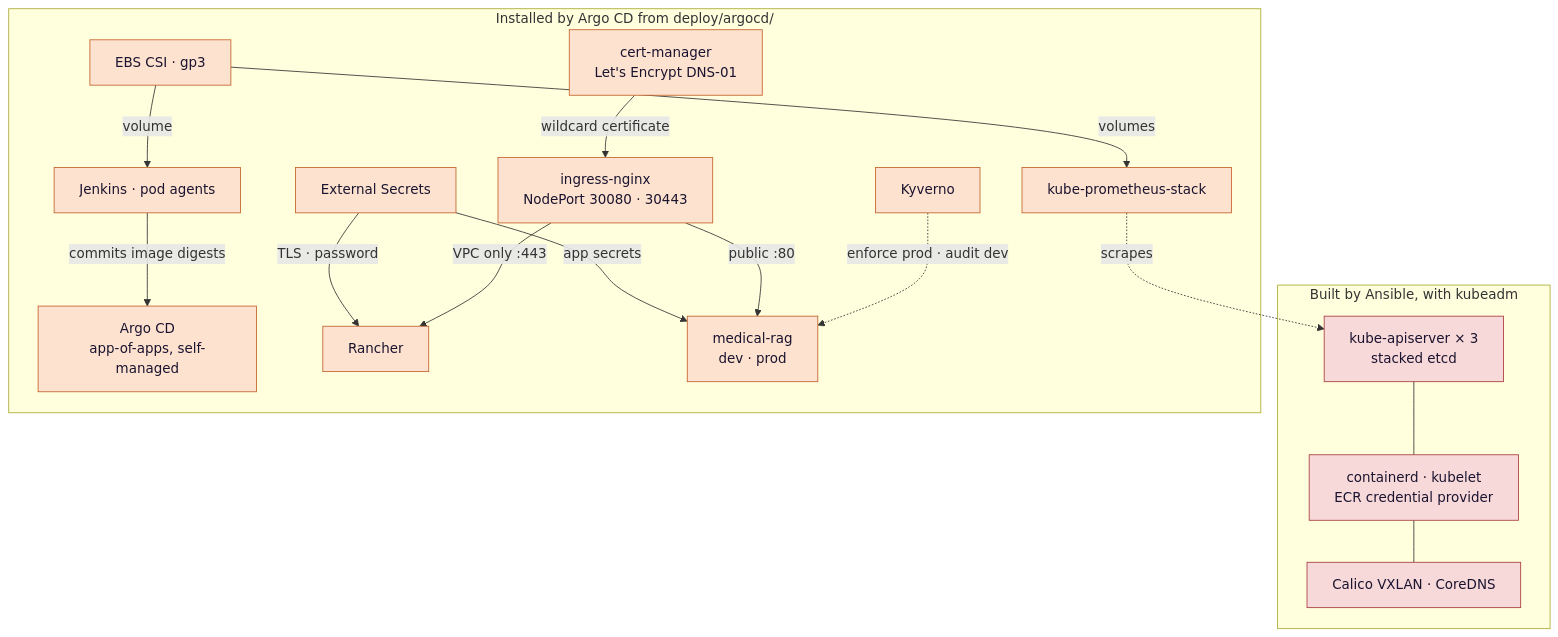
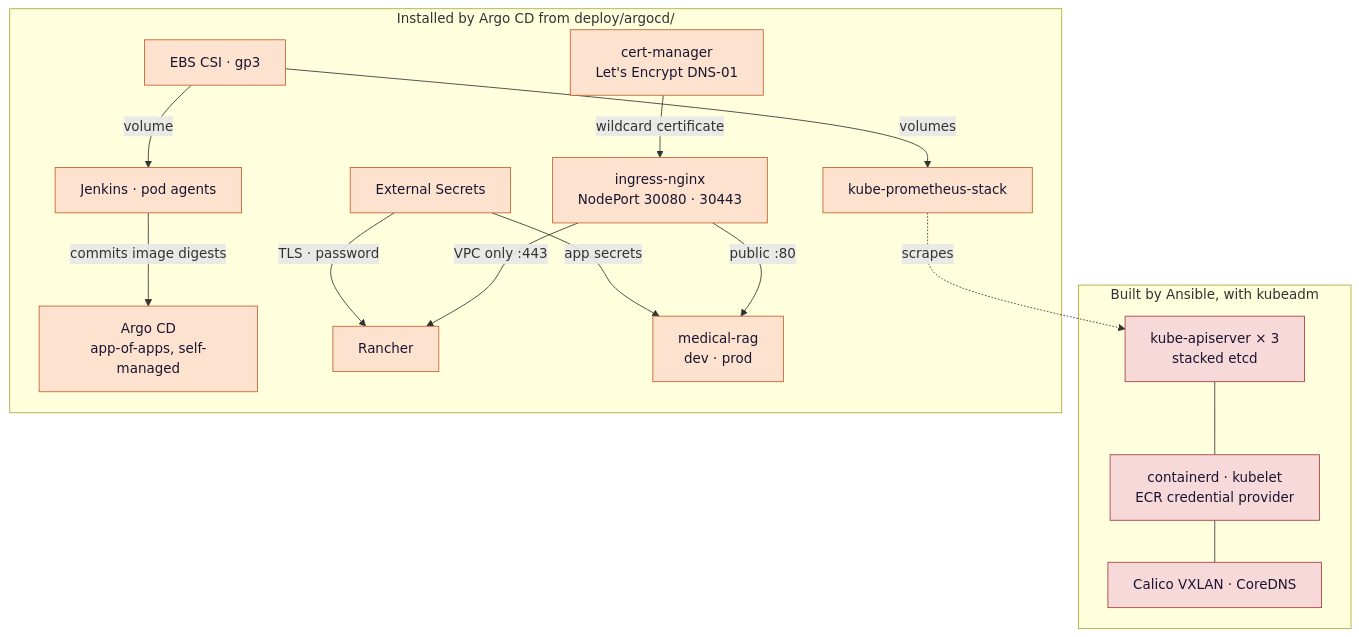
One commit to biabeogo147/Medical-RAG-Chatbot changed the second of 3 diagrams in README.md. Above: the diagram before and after it, drawn with Mermaid. The commit also changed other lines of this file and 11 other files, not shown here.

````diff
--- a/README.md
+++ b/README.md
@@ -90,38 +93,36 @@
 ```mermaid
 flowchart TB
     subgraph ANS["Built by Ansible, with kubeadm"]
         CP["kube-apiserver × 3<br/>stacked etcd"]
         RT["containerd · kubelet<br/>ECR credential provider"]
         CNI["Calico VXLAN · CoreDNS"]
     end
 
     subgraph GIT["Installed by Argo CD from deploy/argocd/"]
         ARGO["Argo CD<br/>app-of-apps, self-managed"]
         ING["ingress-nginx<br/>NodePort 30080 · 30443"]
         CSI["EBS CSI · gp3"]
         ESO["External Secrets"]
         CM["cert-manager<br/>Let's Encrypt DNS-01"]
         MON["kube-prometheus-stack"]
         RAN["Rancher"]
         JK["Jenkins · pod agents"]
-        KYV["Kyverno"]
         APP["medical-rag<br/>dev · prod"]
     end
 
     CP --- RT --- CNI
     ESO -->|"app secrets"| APP
     ESO -->|"TLS · password"| RAN
     CM -->|"wildcard certificate"| ING
     CSI -->|"volumes"| MON
     CSI -->|"volume"| JK
     ING -->|"public :80"| APP
     ING -->|"VPC only :443"| RAN
-    KYV -.->|"enforce prod · audit dev"| APP
     MON -.->|"scrapes"| CP
     JK -->|"commits image digests"| ARGO
 
     classDef ans fill:#f7d9d9,stroke:#a63b3b,color:#1b1430;
     classDef argo fill:#fde3cf,stroke:#c2602a,color:#1b1430;
     class CP,RT,CNI ans
     class ARGO,ING,CSI,ESO,CM,MON,RAN,JK,KYV,APP argo
 ```
````
